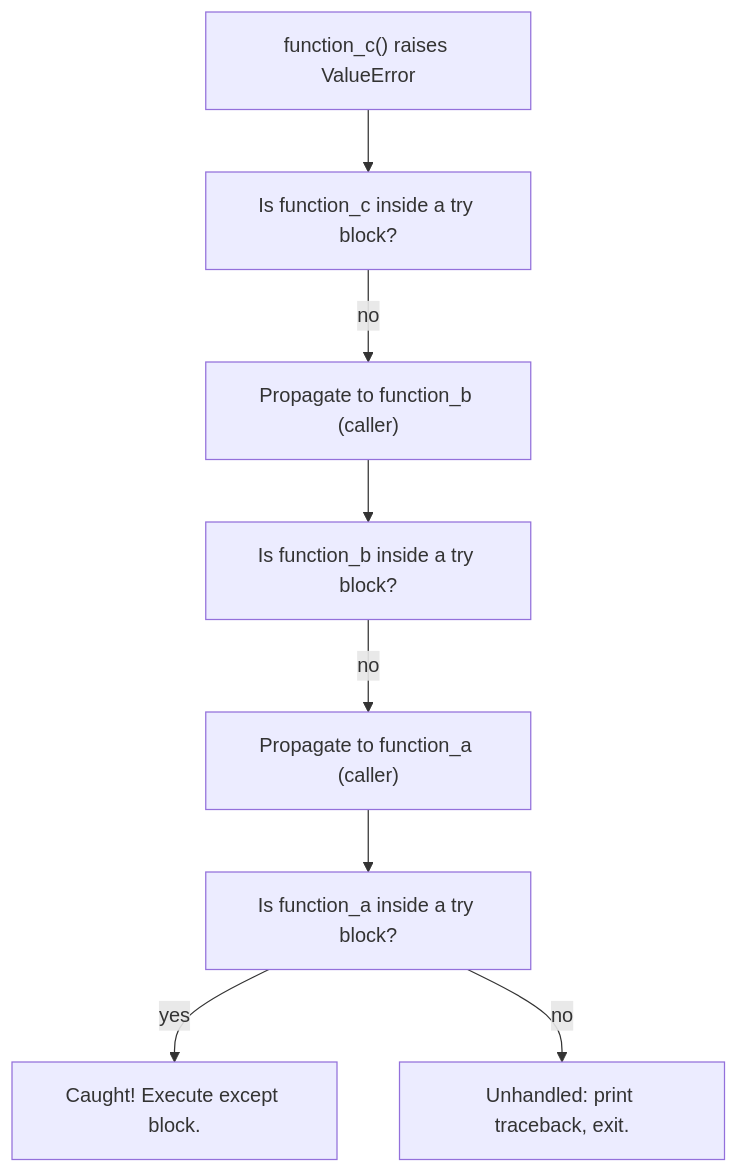
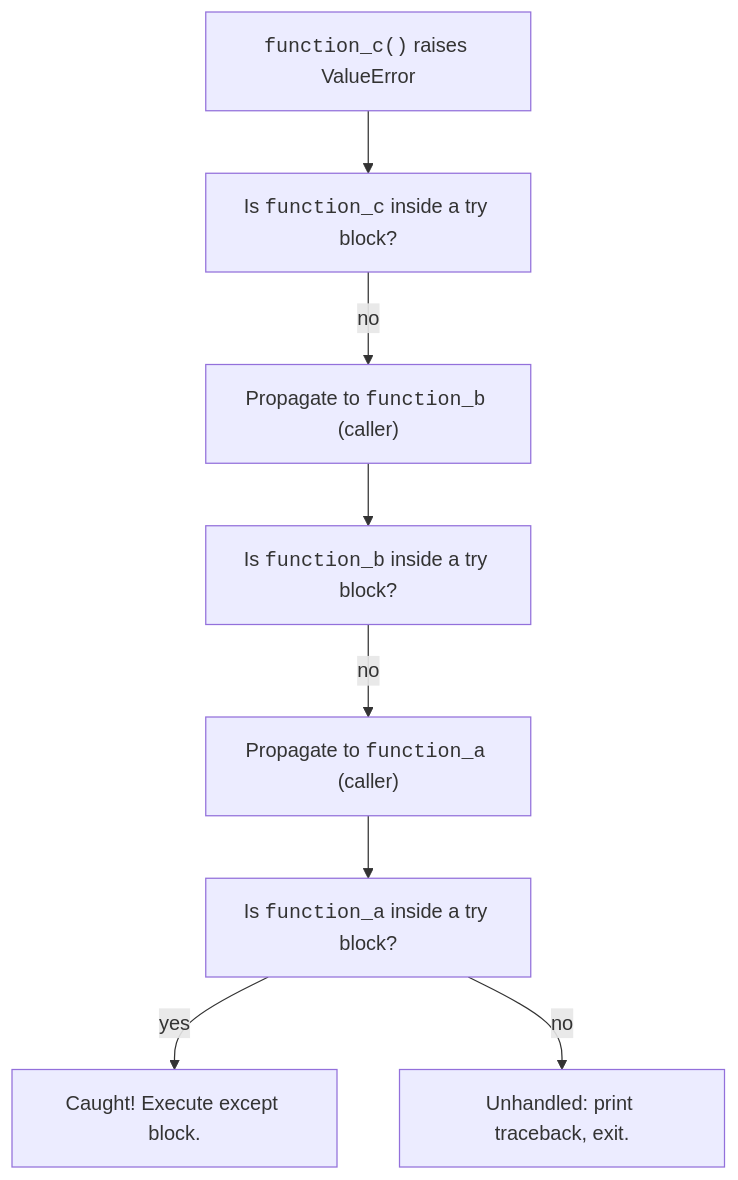
The diagram in content/learn/python-basics/exceptions.mdx (dataslope/dataslope), drawn with Mermaid before and after one commit. The commit also changed 153 other files, not shown here.

First line of the commit message:
Render code-only mermaid shapes in monospace; convert step sequences to Steps

````diff
--- a/content/learn/python-basics/exceptions.mdx
+++ b/content/learn/python-basics/exceptions.mdx
@@ -78,10 +78,10 @@
 ```mermaid
 flowchart TD
-    A["function_c() raises ValueError"] --> B["Is function_c inside a try block?"]
-    B -->|no| C["Propagate to function_b (caller)"]
-    C --> D["Is function_b inside a try block?"]
-    D -->|no| E["Propagate to function_a (caller)"]
-    E --> F["Is function_a inside a try block?"]
+    A["<code>function_c()</code> raises ValueError"] --> B["Is <code>function_c</code> inside a try block?"]
+    B -->|no| C["Propagate to <code>function_b</code> (caller)"]
+    C --> D["Is <code>function_b</code> inside a try block?"]
+    D -->|no| E["Propagate to <code>function_a</code> (caller)"]
+    E --> F["Is <code>function_a</code> inside a try block?"]
     F -->|yes| G["Caught! Execute except block."]
     F -->|no| H["Unhandled: print traceback, exit."]
 ```
````
